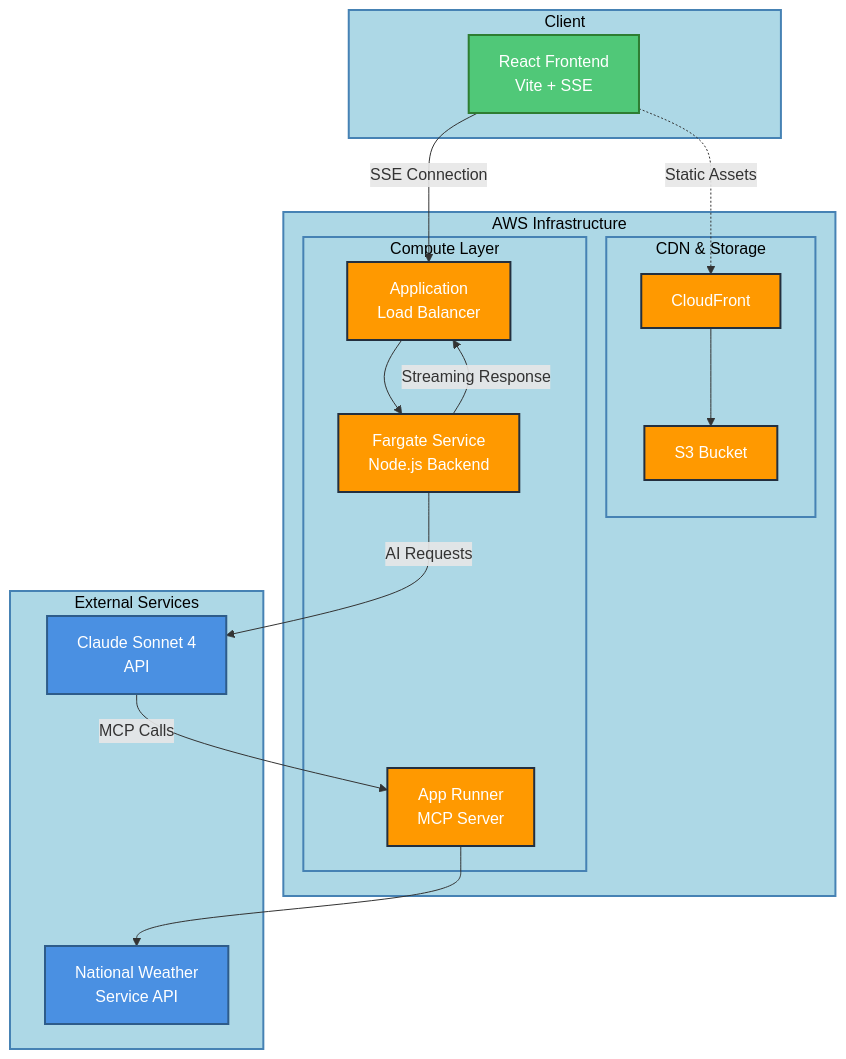
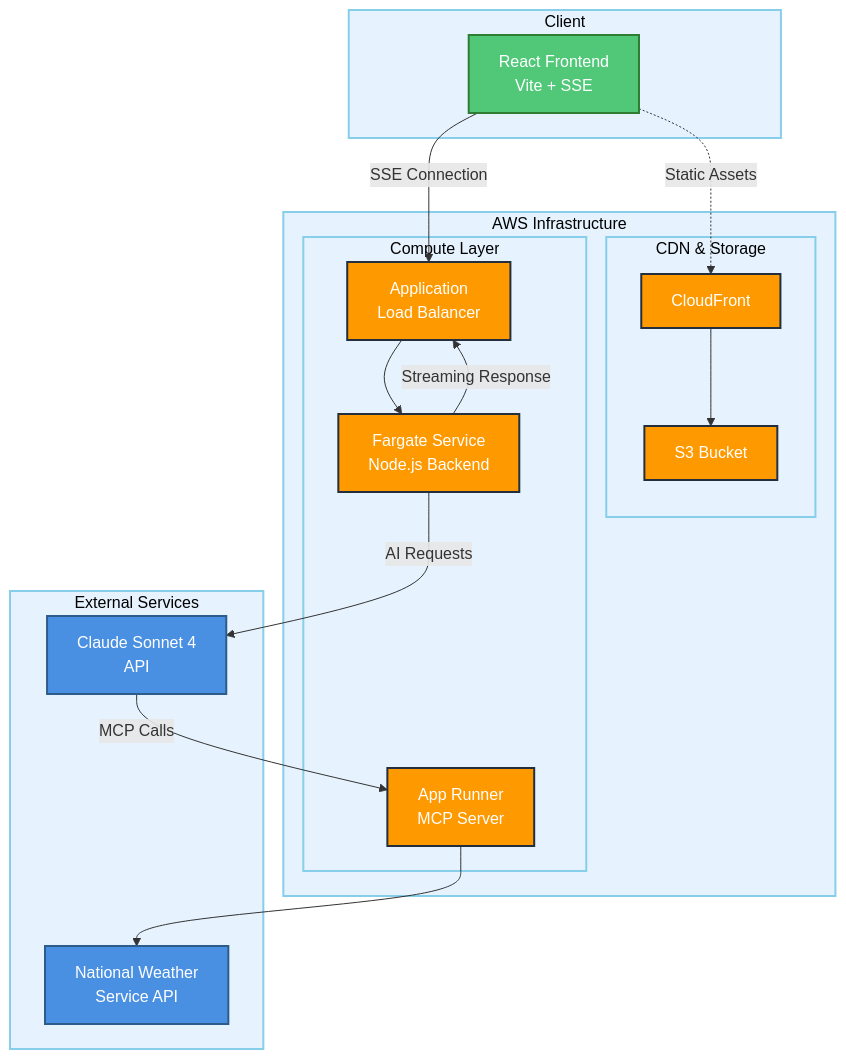
One commit to bodhiprice/chatbot-mcp-demo changed the diagram in README.md. Above: the diagram before and after it, drawn with Mermaid. The commit also changed 1 other file, not shown here.

Commit message:
more clean up

````diff
--- a/README.md
+++ b/README.md
@@ -127,43 +127,43 @@
 ```mermaid
 flowchart TB
     subgraph Client [Client]
         UI[React Frontend<br/>Vite + SSE]
     end
 
     subgraph AWS [AWS Infrastructure]
         subgraph CDN [CDN & Storage]
             CF[CloudFront]
             S3[S3 Bucket]
         end
 
         subgraph Compute [Compute Layer]
             ALB[Application<br/>Load Balancer]
             FARGATE[Fargate Service<br/>Node.js Backend]
             APPRUNNER[App Runner<br/>MCP Server]
         end
     end
 
     subgraph External [External Services]
         CLAUDE[Claude Sonnet 4<br/>API]
         WEATHER[National Weather<br/>Service API]
     end
 
     UI -.->|Static Assets| CF
     CF --> S3
     UI -->|SSE Connection| ALB
     ALB --> FARGATE
     FARGATE -->|Streaming Response| ALB
     FARGATE -->|AI Requests| CLAUDE
     CLAUDE -->|MCP Calls| APPRUNNER
     APPRUNNER --> WEATHER
 
     classDef aws fill:#FF9900,stroke:#232F3E,stroke-width:2px,color:#fff
     classDef external fill:#4A90E2,stroke:#2E5C8A,stroke-width:2px,color:#fff
     classDef client fill:#50C878,stroke:#2E7D32,stroke-width:2px,color:#fff
-    classDef container fill:#ADD8E6,stroke:#4682B4,stroke-width:2px,color:#000
+    classDef container fill:#E6F3FF,stroke:#87CEEB,stroke-width:2px,color:#000
 
     class CF,S3,ALB,FARGATE,APPRUNNER aws
     class CLAUDE,WEATHER external
     class UI client
     class Client,AWS,CDN,Compute,External container
 ```
````
